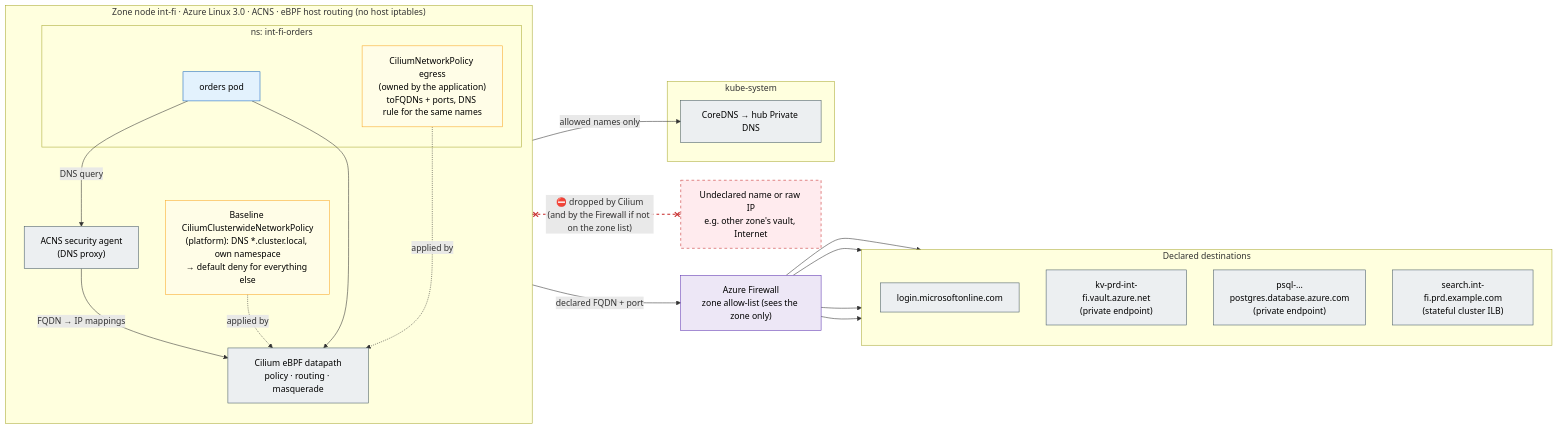
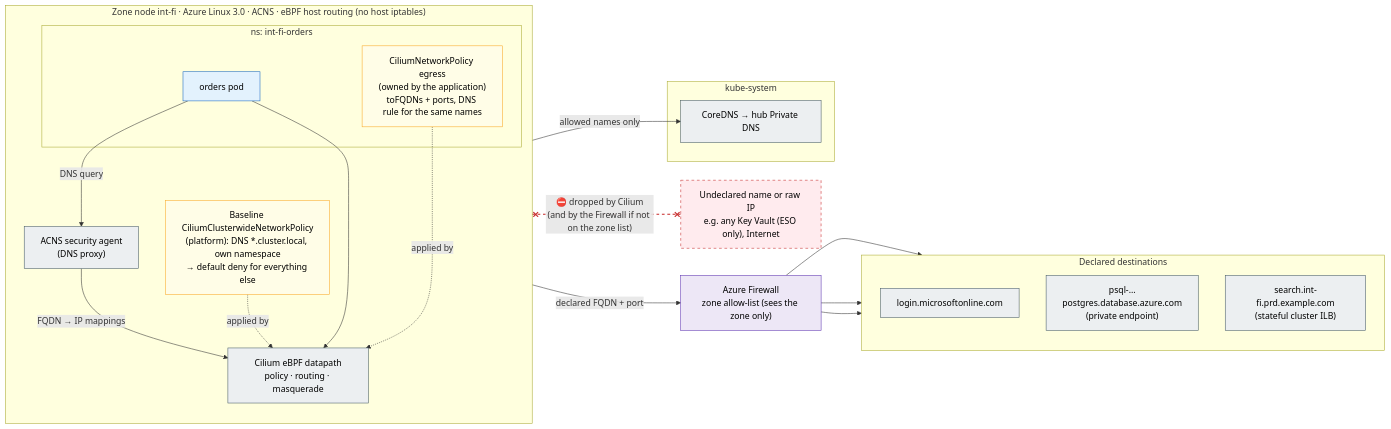
The diagram in diagrams/16-fqdn-egress.mmd (olljanat-ai/aks-design), drawn with Mermaid before and after one commit. The commit also changed 21 other files, not shown here.

```diff
--- a/diagrams/16-fqdn-egress.mmd
+++ b/diagrams/16-fqdn-egress.mmd
@@ -1,49 +1,48 @@
 %% Advanced Container Networking Services in every cluster: eBPF host routing on the node, and per-application
 %% FQDN egress policies enforced by Cilium + the ACNS security agent (DNS proxy). Azure Firewall is the zone-level outer layer.
 flowchart LR
     subgraph NODE["Zone node int-fi · Azure Linux 3.0 · ACNS · eBPF host routing (no host iptables)"]
         direction TB
         subgraph APP["ns: int-fi-orders"]
             pod["orders pod"]
             pol["CiliumNetworkPolicy egress<br/>(owned by the application)<br/>toFQDNs + ports, DNS rule for the same names"]
         end
         base["Baseline CiliumClusterwideNetworkPolicy<br/>(platform): DNS *.cluster.local, own namespace<br/>→ default deny for everything else"]
         cilium["Cilium eBPF datapath<br/>policy · routing · masquerade"]
         dnsp["ACNS security agent<br/>(DNS proxy)"]
     end
 
     subgraph SYS["kube-system"]
         coredns["CoreDNS → hub Private DNS"]
     end
 
     fw["Azure Firewall<br/>zone allow-list (sees the zone only)"]
 
     subgraph DEST["Declared destinations"]
         direction TB
         entra["login.microsoftonline.com"]
-        kv["kv-prd-int-fi.vault.azure.net<br/>(private endpoint)"]
         pg["psql-…postgres.database.azure.com<br/>(private endpoint)"]
         sf["search.int-fi.prd.example.com<br/>(stateful cluster ILB)"]
     end
 
-    other["Undeclared name or raw IP<br/>e.g. other zone's vault, Internet"]:::off
+    other["Undeclared name or raw IP<br/>e.g. any Key Vault (ESO only), Internet"]:::off
 
     pod -->|"DNS query"| dnsp -->|"allowed names only"| coredns
     dnsp -->|"FQDN → IP mappings"| cilium
     pol -.->|"applied by"| cilium
     base -.->|"applied by"| cilium
     pod --> cilium -->|"declared FQDN + port"| fw
-    fw --> entra & kv & pg & sf
+    fw --> entra & pg & sf
     cilium x-.-x|"⛔ dropped by Cilium<br/>(and by the Firewall if not on the zone list)"| other
 
-    linkStyle 11 stroke:#c62828,stroke-width:2px,stroke-dasharray:5 5
+    linkStyle 10 stroke:#c62828,stroke-width:2px,stroke-dasharray:5 5
 
     classDef int fill:#e3f2fd,stroke:#1565c0,color:#000
     classDef cp fill:#eceff1,stroke:#455a64,color:#000
     classDef hub fill:#ede7f6,stroke:#5e35b1,color:#000
     classDef note fill:#fffde7,stroke:#f9a825,color:#000
     classDef off fill:#ffebee,stroke:#c62828,color:#000,stroke-dasharray: 5 5
     class pod int
     class pol,base note
-    class cilium,dnsp,coredns,entra,kv,pg,sf cp
+    class cilium,dnsp,coredns,entra,pg,sf cp
     class fw hub
```
